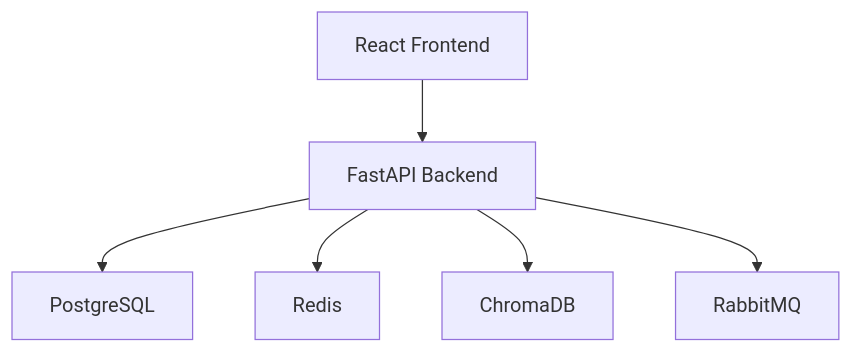
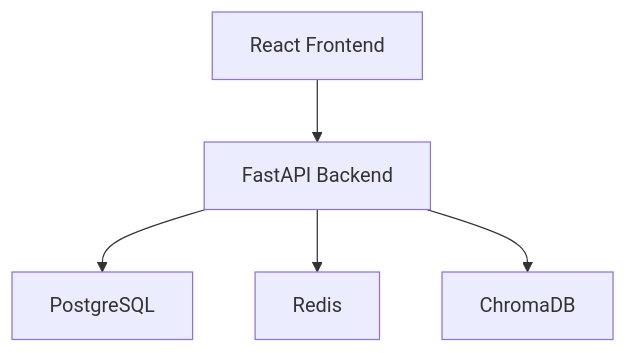
One commit to KishanG02/ai-software-engineering-team changed the first of 2 diagrams in output/architecture.md. Above: the diagram before and after it, drawn with Mermaid. The commit also changed other lines of this file and 10 other files, not shown here.

````diff
--- a/output/architecture.md
+++ b/output/architecture.md
@@ -46,16 +33,13 @@
 ```mermaid
 graph TD
-
 A[React Frontend]
 B[FastAPI Backend]
 C[PostgreSQL]
 D[Redis]
 E[ChromaDB]
-F[RabbitMQ]
 
 A --> B
 B --> C
 B --> D
 B --> E
-B --> F
 ```
````
